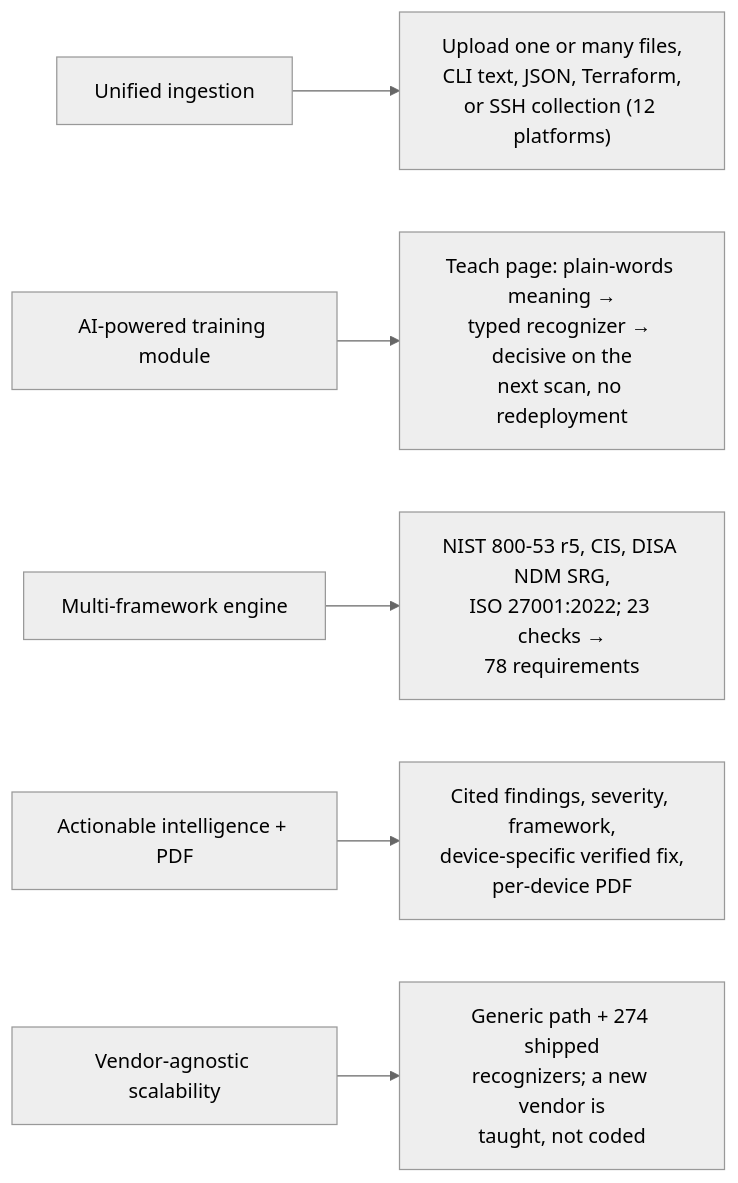
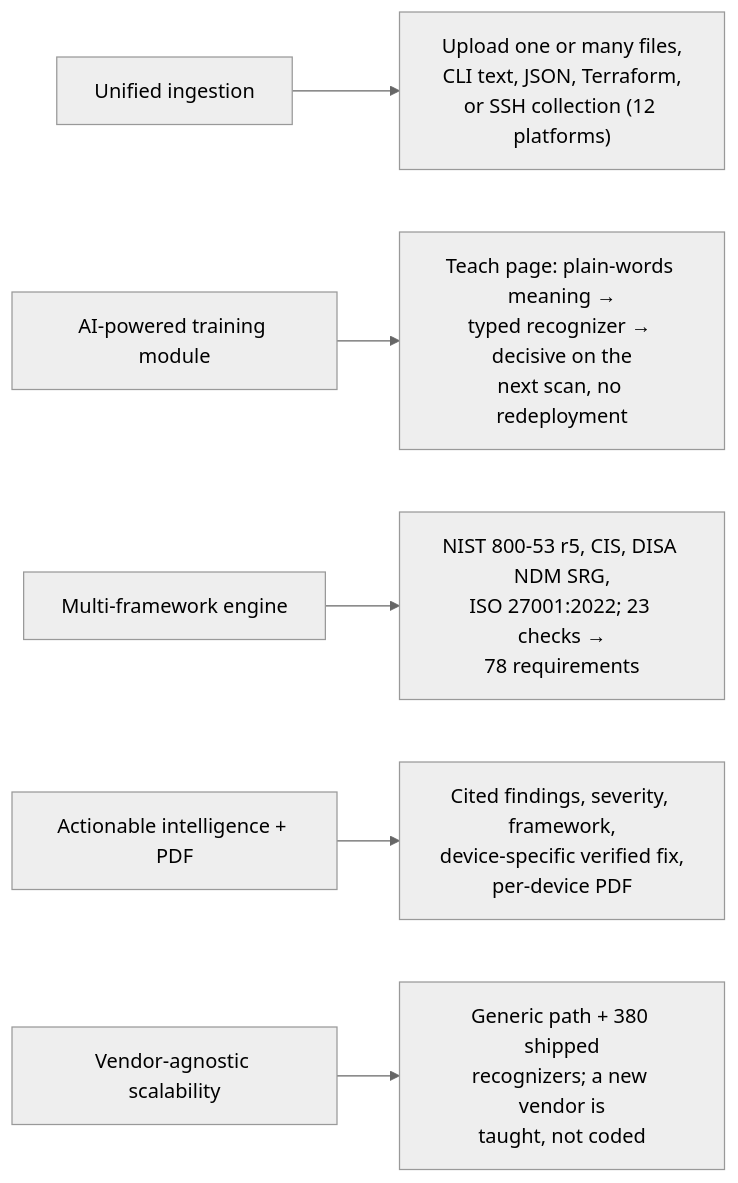
Before and after one commit to astrilo-monk/sih-26155: the diagram in docs/requirements.md, drawn with Mermaid (neutral theme). The commit also changed other lines of this file and 44 other files, not shown here.

````diff
--- a/docs/requirements.md
+++ b/docs/requirements.md
@@ -10,8 +10,8 @@
 ```mermaid
 flowchart LR
     R1["Unified ingestion"] --> M1["Upload one or many files,<br/>CLI text, JSON, Terraform,<br/>or SSH collection (12 platforms)"]
     R2["AI-powered training module"] --> M2["Teach page: plain-words meaning →<br/>typed recognizer → decisive on the<br/>next scan, no redeployment"]
     R3["Multi-framework engine"] --> M3["NIST 800-53 r5, CIS, DISA NDM SRG,<br/>ISO 27001:2022; 23 checks →<br/>78 requirements"]
     R4["Actionable intelligence + PDF"] --> M4["Cited findings, severity, framework,<br/>device-specific verified fix,<br/>per-device PDF"]
-    R5["Vendor-agnostic scalability"] --> M5["Generic path + 274 shipped<br/>recognizers; a new vendor is<br/>taught, not coded"]
+    R5["Vendor-agnostic scalability"] --> M5["Generic path + 380 shipped<br/>recognizers; a new vendor is<br/>taught, not coded"]
 ```
````
